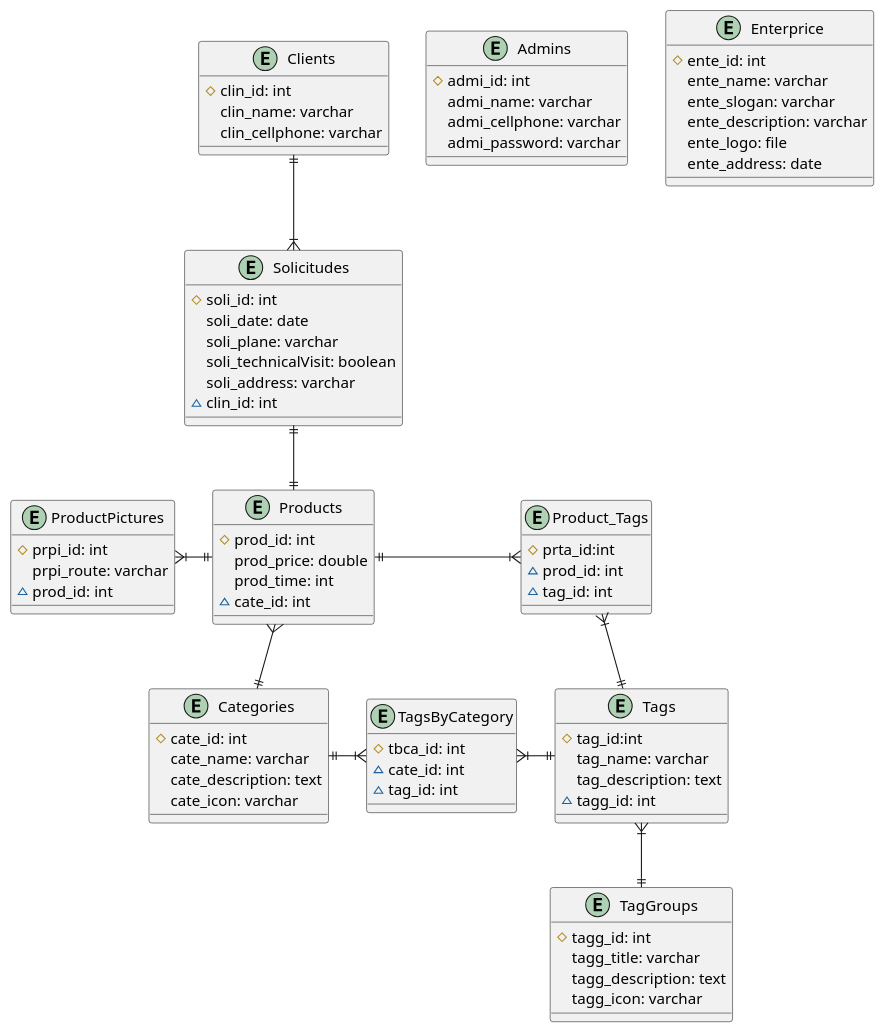
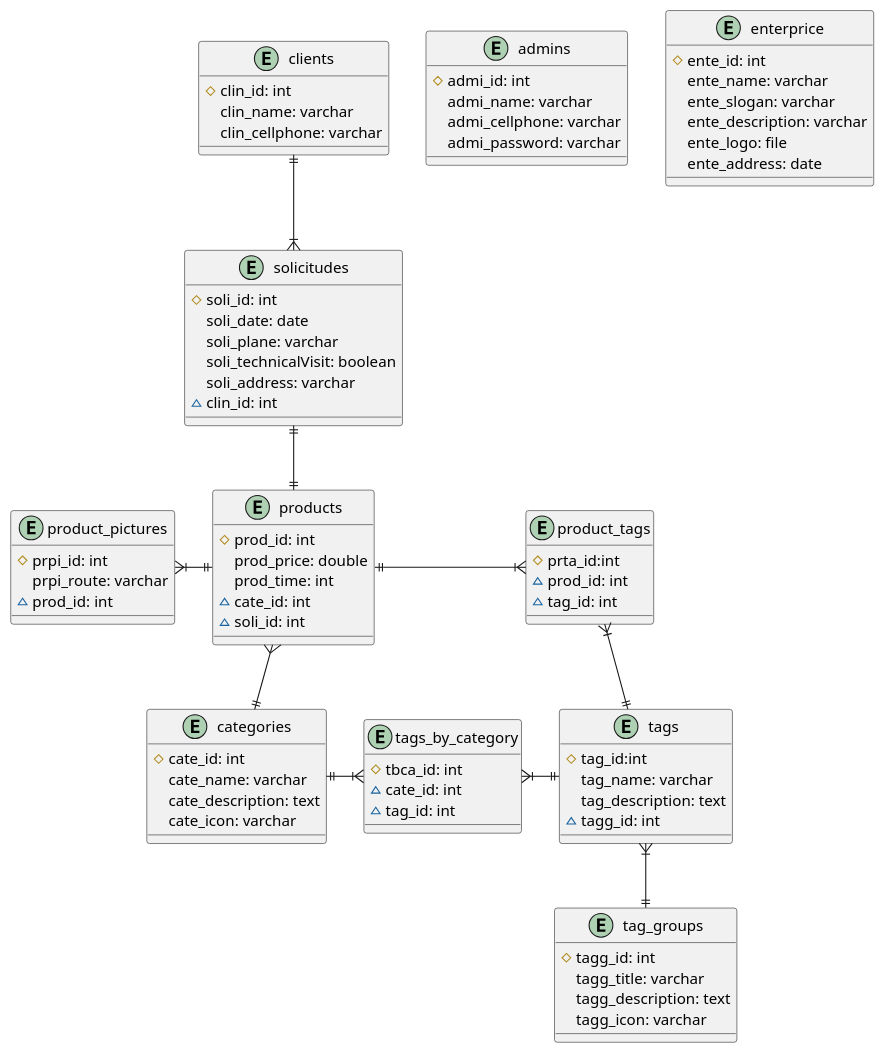
The diagram in ModeloDeDatos/metalK_dataModelBD.puml (Los-Waza/MetalK_Documentation), drawn with PlantUML before and after one commit. The commit also changed 1 other file, not shown here.

```diff
--- a/ModeloDeDatos/metalK_dataModelBD.puml
+++ b/ModeloDeDatos/metalK_dataModelBD.puml
@@ -1,94 +1,95 @@
 @startuml MetalK_DataModel
     skinparam linestyle orto
 
-    entity soli as "Solicitudes"{
+    entity soli as "solicitudes"{
         # soli_id: int
         soli_date: date
         soli_plane: varchar
         soli_technicalVisit: boolean
         soli_address: varchar
         ~ clin_id: int
     }
 
-    entity clin as "Clients"{
+    entity clin as "clients"{
         # clin_id: int
         clin_name: varchar
         clin_cellphone: varchar
     }
     
-    entity admi as "Admins"{
+    entity admi as "admins"{
         # admi_id: int
         admi_name: varchar
         admi_cellphone: varchar
         admi_password: varchar
     }
 
-    entity prod as "Products"{
+    entity prod as "products"{
         # prod_id: int
         prod_price: double
         prod_time: int
         ~ cate_id: int
+        ~ soli_id: int
     }
 
     
-    entity prpi as "ProductPictures"{
+    entity prpi as "product_pictures"{
         #prpi_id: int
         prpi_route: varchar
         ~ prod_id: int
     }
 
-    entity prta as "Product_Tags"{
+    entity prta as "product_tags"{
         # prta_id:int
         ~ prod_id: int
         ~ tag_id: int
     }
 
-    entity cate as "Categories" {   
+    entity cate as "categories" {   
         # cate_id: int
         cate_name: varchar
         cate_description: text
         cate_icon: varchar
     }
 
     
-    entity tagg as "TagGroups" {   
+    entity tagg as "tag_groups" {   
         # tagg_id: int
         tagg_title: varchar
         tagg_description: text
         tagg_icon: varchar
     }
 
-    entity tbca as "TagsByCategory" {   
+    entity tbca as "tags_by_category" {   
         # tbca_id: int
         ~ cate_id: int
         ~ tag_id: int
     }
 
-    entity tags as "Tags" {   
+    entity tags as "tags" {   
         # tag_id:int
         tag_name: varchar
         tag_description: text
         ~ tagg_id: int
     }
 
-    entity ente as "Enterprice"{
+    entity ente as "enterprice"{
         # ente_id: int
         ente_name: varchar
         ente_slogan: varchar
         ente_description: varchar
         ente_logo: file
         ente_address: date
     }
 
 
     prod ||-up-|| soli
     prod }--|| cate
     prod ||-left-|{ prpi
     tags }|-down-|| tagg
     cate ||-right-|{ tbca
     tbca }|-right-|| tags
     prod ||-right-|{ prta
     tags ||-left-|{ prta
     clin ||--|{ soli
     
 @enduml
```
